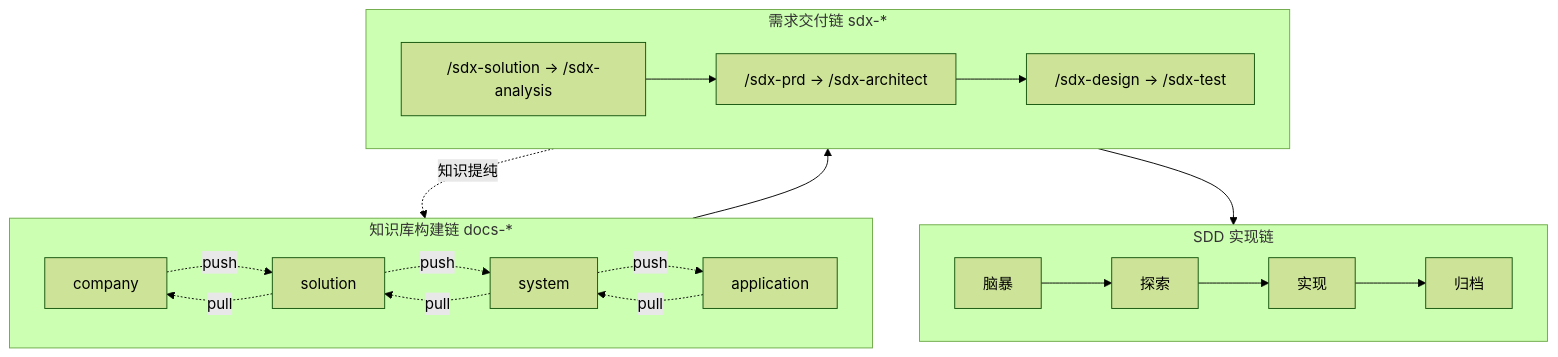
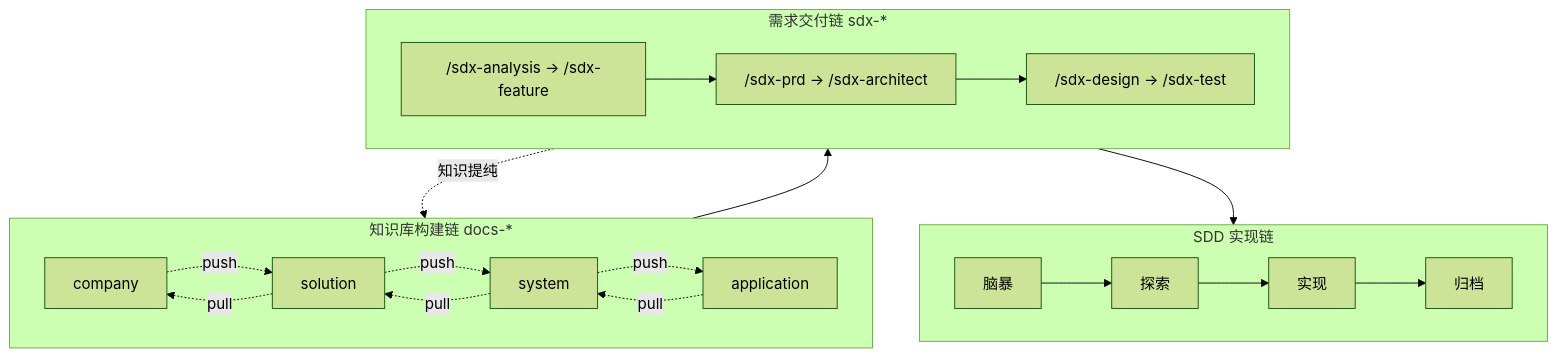
The diagram in README.md (oleewen/ai-knowledge), drawn with Mermaid (forest theme) before and after one commit. The commit also changed 68 other files, not shown here.

````diff
--- a/README.md
+++ b/README.md
@@ -107,18 +107,18 @@
 ```mermaid
 flowchart TD
     subgraph KB["知识库构建链 docs-*"]
         direction LR
         KB_CO["company"] -. push .-> KB_SLN["solution"] -. push .-> KB_SYS["system"] -. push .-> KB_APP["application"]
         KB_APP -. pull .-> KB_SYS -. pull .-> KB_SLN -. pull .-> KB_CO
     end
     subgraph RD["需求交付链 sdx-*"]
         direction LR
-        RD1["/sdx-solution → /sdx-analysis"] --> RD2["/sdx-prd → /sdx-architect"] --> RD3["/sdx-design → /sdx-test"]
+        RD1["/sdx-analysis → /sdx-feature"] --> RD2["/sdx-prd → /sdx-architect"] --> RD3["/sdx-design → /sdx-test"]
     end
     subgraph SDD["SDD 实现链"]
         direction LR
         SDD1["脑暴"] --> SDD2["探索"] --> SDD3["实现"] --> SDD4["归档"]
     end
     RD -. 知识提纯 .-> KB
     KB --> RD --> SDD
 ```
````
